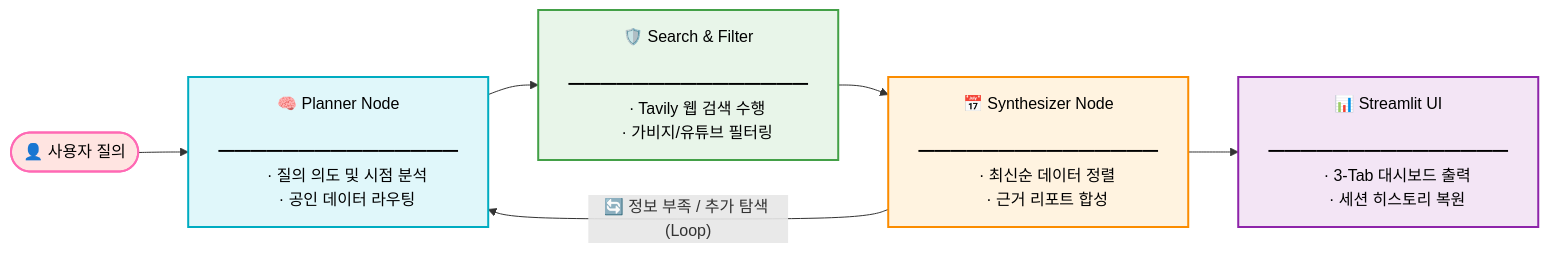
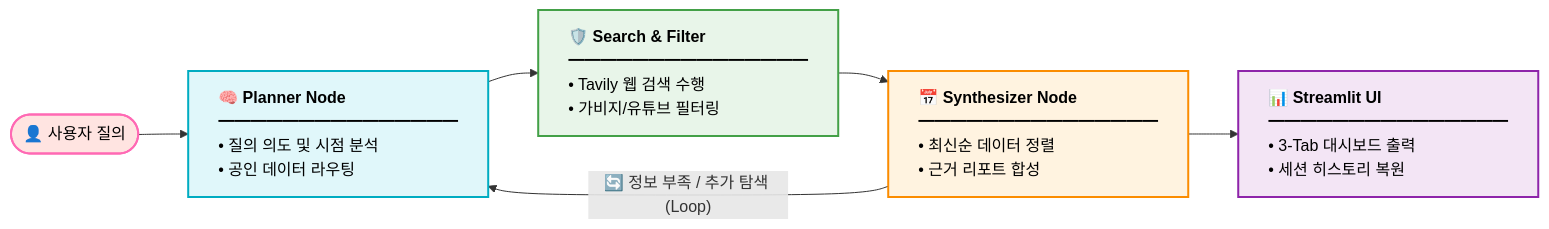
The diagram in README.md (sbg990530/Document-Agent), drawn with Mermaid before and after one commit.

````diff
--- a/README.md
+++ b/README.md
@@ -19,39 +19,27 @@
 ```mermaid
 graph LR
     classDef userStyle fill:#FFE4E1,stroke:#FF69B4,stroke-width:2px,color:#000;
     classDef plannerStyle fill:#E0F7FA,stroke:#00ACC1,stroke-width:2px,color:#000;
     classDef filterStyle fill:#E8F5E9,stroke:#43A047,stroke-width:2px,color:#000;
     classDef synthStyle fill:#FFF3E0,stroke:#FB8C00,stroke-width:2px,color:#000;
     classDef uiStyle fill:#F3E5F5,stroke:#8E24AA,stroke-width:2px,color:#000;
 
     A([👤 사용자 질의]):::userStyle 
     
-    B["🧠 Planner Node
-    ━━━━━━━━━━━━━━━
-    · 질의 의도 및 시점 분석
-    · 공인 데이터 라우팅"]:::plannerStyle
+    B["<div style='text-align: left;'><b>🧠 Planner Node</b><br/>━━━━━━━━━━━━━━━<br/>• 질의 의도 및 시점 분석<br/>• 공인 데이터 라우팅</div>"]:::plannerStyle
     
-    C["🛡️ Search & Filter
-    ━━━━━━━━━━━━━━━
-    · Tavily 웹 검색 수행
-    · 가비지/유튜브 필터링"]:::filterStyle
+    C["<div style='text-align: left;'><b>🛡️ Search & Filter</b><br/>━━━━━━━━━━━━━━━<br/>• Tavily 웹 검색 수행<br/>• 가비지/유튜브 필터링</div>"]:::filterStyle
     
-    D["📅 Synthesizer Node
-    ━━━━━━━━━━━━━━━
-    · 최신순 데이터 정렬
-    · 근거 리포트 합성"]:::synthStyle
+    D["<div style='text-align: left;'><b>📅 Synthesizer Node</b><br/>━━━━━━━━━━━━━━━<br/>• 최신순 데이터 정렬<br/>• 근거 리포트 합성</div>"]:::synthStyle
     
-    E["📊 Streamlit UI
-    ━━━━━━━━━━━━━━━
-    · 3-Tab 대시보드 출력
-    · 세션 히스토리 복원"]:::uiStyle
+    E["<div style='text-align: left;'><b>📊 Streamlit UI</b><br/>━━━━━━━━━━━━━━━<br/>• 3-Tab 대시보드 출력<br/>• 세션 히스토리 복원</div>"]:::uiStyle
 
     %% 정방향 파이프라인 흐름
     A --> B
     B --> C
     C --> D
     D --> E
     
-    %% LangGraph 피드백 루프 (아래쪽으로 우회)
+    %% LangGraph 피드백 루프
     D -- "🔄 정보 부족 / 추가 탐색 (Loop)" --> B
 ```
````
